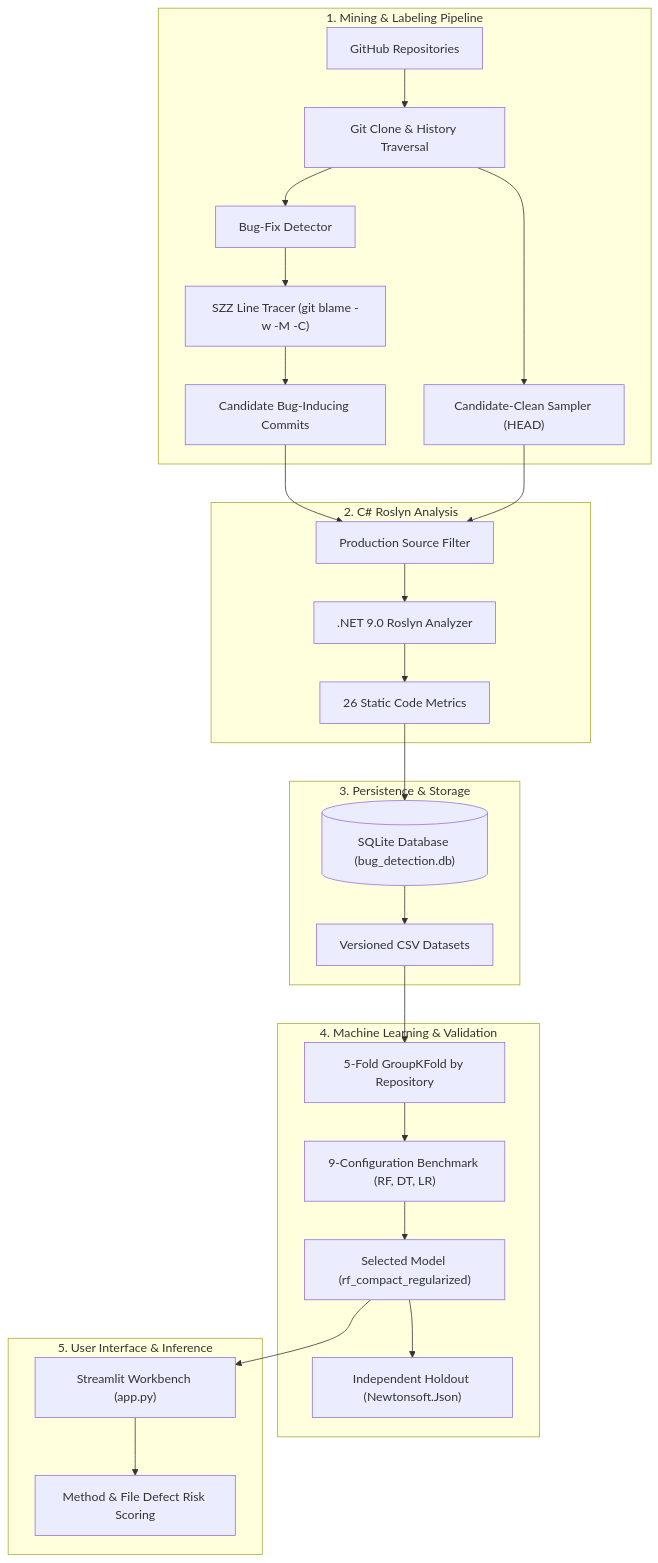
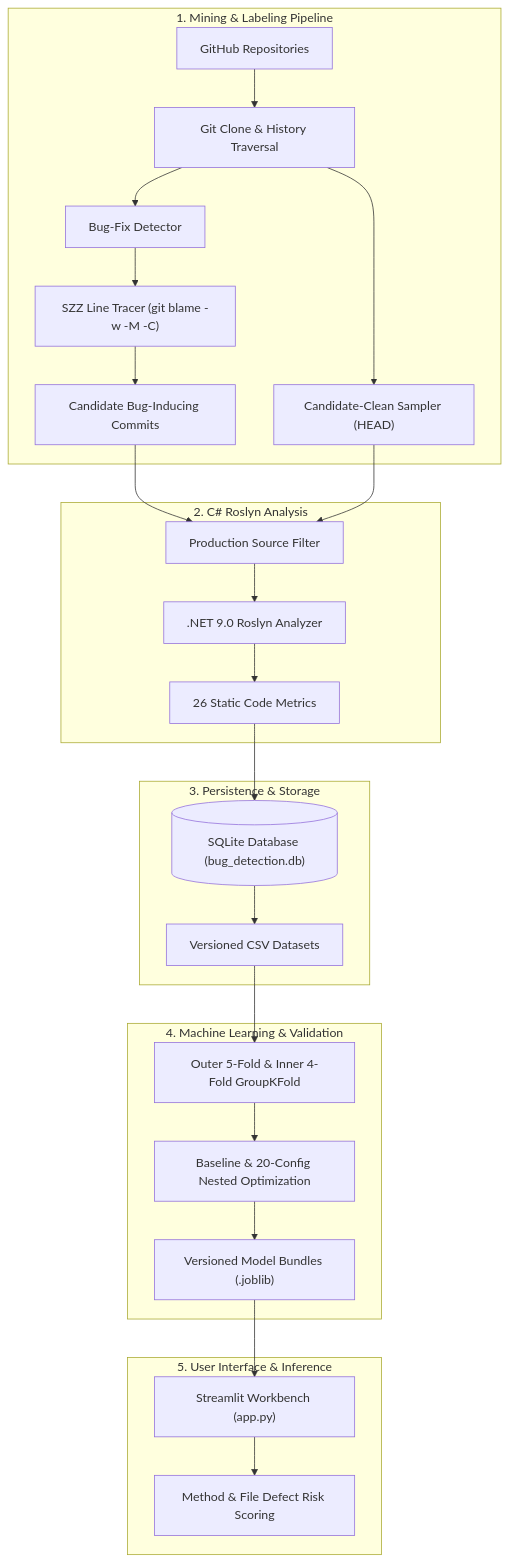
One commit to BogdanCTU/Applied-Computational-Intelligence-UBB changed the diagram in Year2_Semester1_ComputationalIntelligenceSoftwareEngineering/CISE_Project2/5_Documentation/01_Architecture/SYSTEM_ARCHITECTURE.md. Above: the diagram before and after it, drawn with Mermaid. The commit also changed other lines of this file and 18 other files, not shown here.

````diff
--- a/Year2_Semester1_ComputationalIntelligenceSoftwareEngineering/CISE_Project2/5_Documentation/01_Architecture/SYSTEM_ARCHITECTURE.md
+++ b/Year2_Semester1_ComputationalIntelligenceSoftwareEngineering/CISE_Project2/5_Documentation/01_Architecture/SYSTEM_ARCHITECTURE.md
@@ -14,34 +14,33 @@
 ```mermaid
 flowchart TD
     subgraph Mining["1. Mining & Labeling Pipeline"]
         GH["GitHub Repositories"] --> GitClone["Git Clone & History Traversal"]
         GitClone --> BF["Bug-Fix Detector"]
         BF --> SZZ["SZZ Line Tracer (git blame -w -M -C)"]
         SZZ --> BIC["Candidate Bug-Inducing Commits"]
         GitClone --> HEAD["Candidate-Clean Sampler (HEAD)"]
     end
 
     subgraph Analysis["2. C# Roslyn Analysis"]
         BIC --> Filter["Production Source Filter"]
         HEAD --> Filter
         Filter --> Roslyn[".NET 9.0 Roslyn Analyzer"]
         Roslyn --> Metrics["26 Static Code Metrics"]
     end
 
     subgraph DataStore["3. Persistence & Storage"]
         Metrics --> SQLite[("SQLite Database (bug_detection.db)")]
         SQLite --> CSVEval["Versioned CSV Datasets"]
     end
 
     subgraph ML["4. Machine Learning & Validation"]
-        CSVEval --> GKF["5-Fold GroupKFold by Repository"]
-        GKF --> Benchmark["9-Configuration Benchmark (RF, DT, LR)"]
-        Benchmark --> BestModel["Selected Model (rf_compact_regularized)"]
-        BestModel --> Holdout["Independent Holdout (Newtonsoft.Json)"]
+        CSVEval --> GKF["Outer 5-Fold & Inner 4-Fold GroupKFold"]
+        GKF --> Benchmark["Baseline & 20-Config Nested Optimization"]
+        Benchmark --> Models["Versioned Model Bundles (.joblib)"]
     end
 
     subgraph App["5. User Interface & Inference"]
-        BestModel --> UI["Streamlit Workbench (app.py)"]
+        Models --> UI["Streamlit Workbench (app.py)"]
         UI --> Realtime["Method & File Defect Risk Scoring"]
     end
 ```
````
